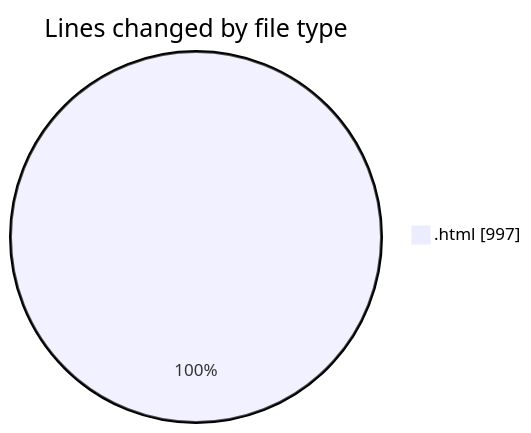
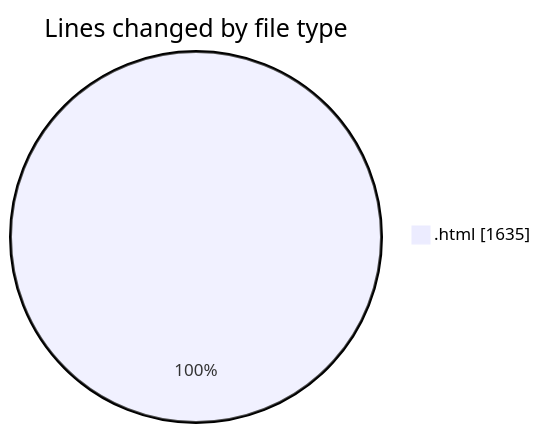
Before and after one commit to nxtqubesakshisongat/code-tracking: the first of 2 diagrams in 2025-08-10/nxtqube_webapp/README.md, drawn with Mermaid. The commit also changed other lines of this file and 1 other file, not shown here.

````diff
--- a/2025-08-10/nxtqube_webapp/README.md
+++ b/2025-08-10/nxtqube_webapp/README.md
@@ -21,5 +21,5 @@
 ```mermaid
 pie showData
 title Lines changed by file type
-".html" : 997
+".html" : 1635
 ```
````
